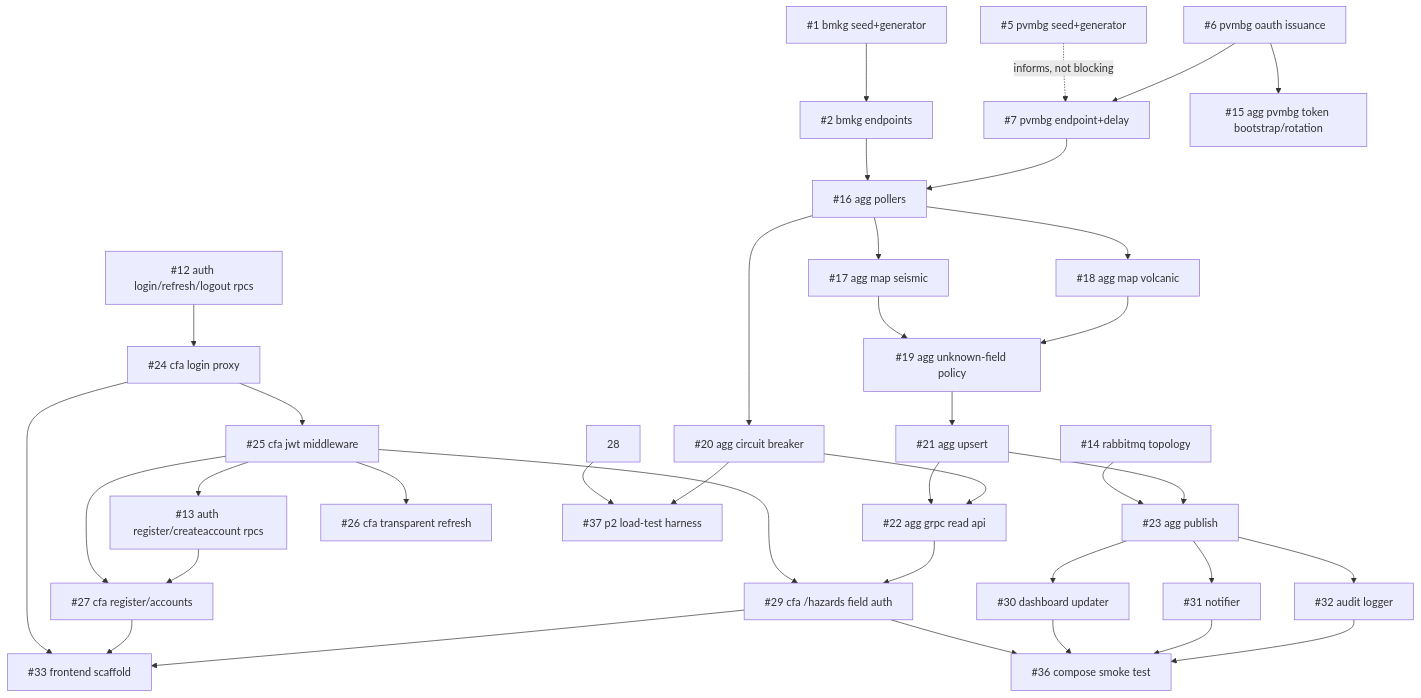
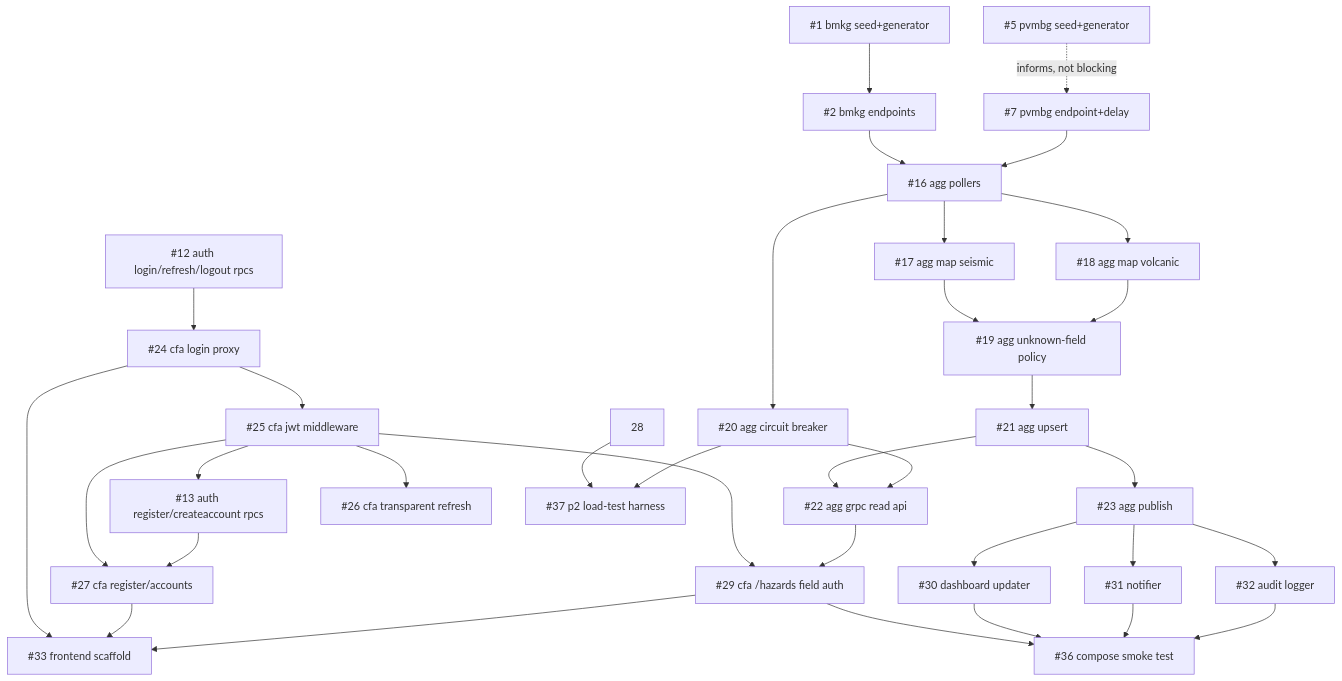
One commit to brii26/distributed-hazard-coordination changed the diagram in doc/BACKLOG_DEPENDENCIES.md. Above: the diagram before and after it, drawn with Mermaid. The commit also changed other lines of this file, not shown here.

Commit message:
docs(backlog): #6, #14, #54 merged; #7 and #15 now ready

````diff
--- a/doc/BACKLOG_DEPENDENCIES.md
+++ b/doc/BACKLOG_DEPENDENCIES.md
@@ -27,48 +26,44 @@
 ```mermaid
 graph TD
   1["#1 bmkg seed+generator"] --> 2["#2 bmkg endpoints"]
   5["#5 pvmbg seed+generator"] -.->|informs, not blocking| 7
 
-  6["#6 pvmbg oauth issuance"] --> 15["#15 agg pvmbg token bootstrap/rotation"]
-  6 --> 7["#7 pvmbg endpoint+delay"]
-
   2 --> 16["#16 agg pollers"]
-  7 --> 16
+  7["#7 pvmbg endpoint+delay"] --> 16
   16 --> 17["#17 agg map seismic"]
   16 --> 18["#18 agg map volcanic"]
   16 --> 20["#20 agg circuit breaker"]
   17 --> 19["#19 agg unknown-field policy"]
   18 --> 19
 
   19 --> 21["#21 agg upsert"]
   21 --> 22["#22 agg grpc read api"]
   20 --> 22
 
-  14["#14 rabbitmq topology"] --> 23["#23 agg publish"]
-  21 --> 23
+  21 --> 23["#23 agg publish"]
 
   12["#12 auth login/refresh/logout rpcs"] --> 24["#24 cfa login proxy"]
   24 --> 25["#25 cfa jwt middleware"]
   25 --> 26["#26 cfa transparent refresh"]
   25 --> 13["#13 auth register/createaccount rpcs"]
   25 --> 27["#27 cfa register/accounts"]
   13 --> 27
   25 --> 29["#29 cfa /hazards field auth"]
   22 --> 29
 
   23 --> 30["#30 dashboard updater"]
   23 --> 31["#31 notifier"]
   23 --> 32["#32 audit logger"]
 
   24 --> 33["#33 frontend scaffold"]
   27 --> 33
   29 --> 33
 
   29 --> 36["#36 compose smoke test"]
   30 --> 36
   31 --> 36
   32 --> 36
 
   28 --> 37["#37 p2 load-test harness"]
   20 --> 37
 ```
````
